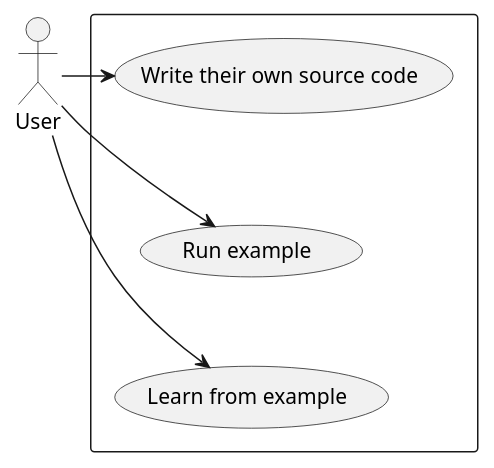
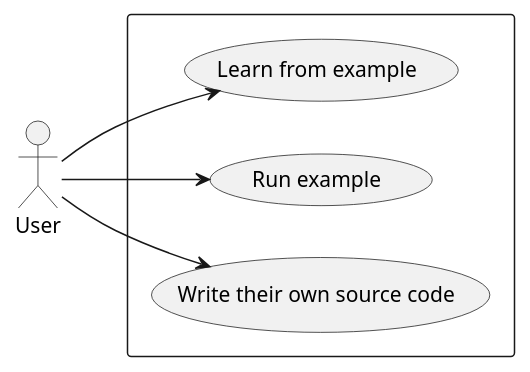
One commit to NiccoMlt/protelis-web-thesis changed the diagram in res/uml/use-cases-frontend.puml. Above: the diagram before and after it, drawn with PlantUML. The commit also changed 11 other files, not shown here.

```diff
--- a/res/uml/use-cases-frontend.puml
+++ b/res/uml/use-cases-frontend.puml
@@ -1,22 +1,19 @@
 @startuml use-cases-frontend
 
 skinparam monochrome true
+left to right direction
 
 :User: as user
 
 rectangle {
   (Learn from example) as learn
   (Run example) as run
   (Write their own source code) as write
-  ' (Create multiple files) as create
-  learn -[hidden]up-> run
-  run -[hidden]up-> write
-  ' write -[hidden]up-> create
 }
 
-user --right-> learn
-user --right-> run
-user --right-> write
-' user --right-> create
+user --> learn
+user --> run
+user --> write
+' user -right-> create
 
 @enduml
```
